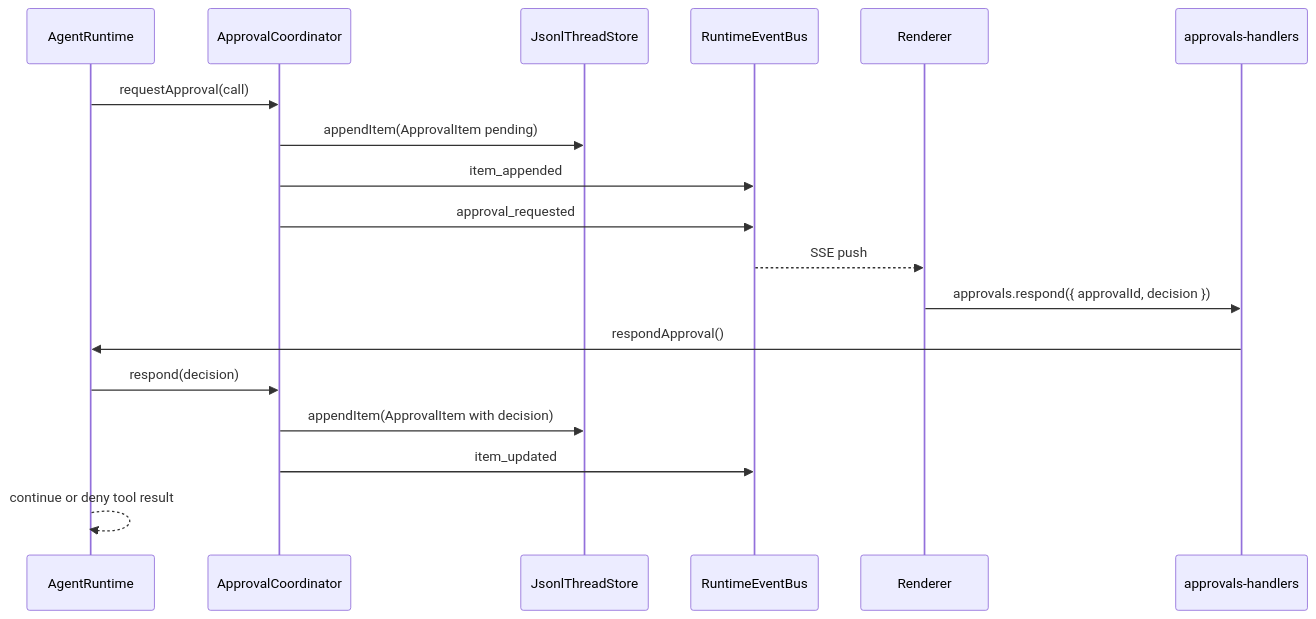
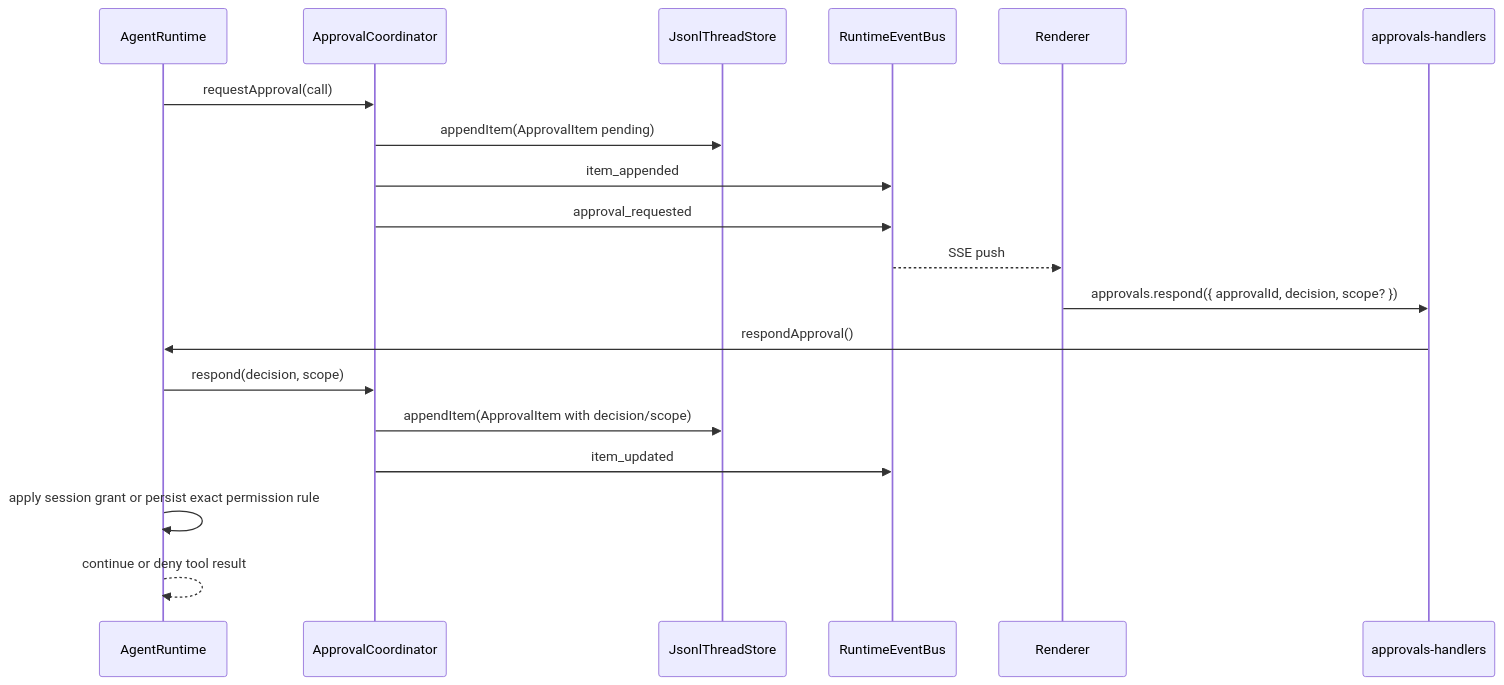
One commit to dp-sudo/agent-pyramid-desktop changed the sixth of 7 diagrams in docs/runtime-flow.md. Above: the diagram before and after it, drawn with Mermaid. The commit also changed other lines of this file and 9 other files, not shown here.

First line of the commit message:
chore(backup) boby: 同步权威文档与 Claude Code 对齐路线图

````diff
--- a/docs/runtime-flow.md
+++ b/docs/runtime-flow.md
@@ -529,21 +559,22 @@
 ```mermaid
 sequenceDiagram
   participant RT as AgentRuntime
   participant AC as ApprovalCoordinator
   participant Store as JsonlThreadStore
   participant Bus as RuntimeEventBus
   participant UI as Renderer
   participant IPC as approvals-handlers
 
   RT->>AC: requestApproval(call)
   AC->>Store: appendItem(ApprovalItem pending)
   AC->>Bus: item_appended
   AC->>Bus: approval_requested
   Bus-->>UI: SSE push
-  UI->>IPC: approvals.respond({ approvalId, decision })
+  UI->>IPC: approvals.respond({ approvalId, decision, scope? })
   IPC->>RT: respondApproval()
-  RT->>AC: respond(decision)
-  AC->>Store: appendItem(ApprovalItem with decision)
+  RT->>AC: respond(decision, scope)
+  AC->>Store: appendItem(ApprovalItem with decision/scope)
   AC->>Bus: item_updated
+  RT->>RT: apply session grant or persist exact permission rule
   RT-->>RT: continue or deny tool result
 ```
````
